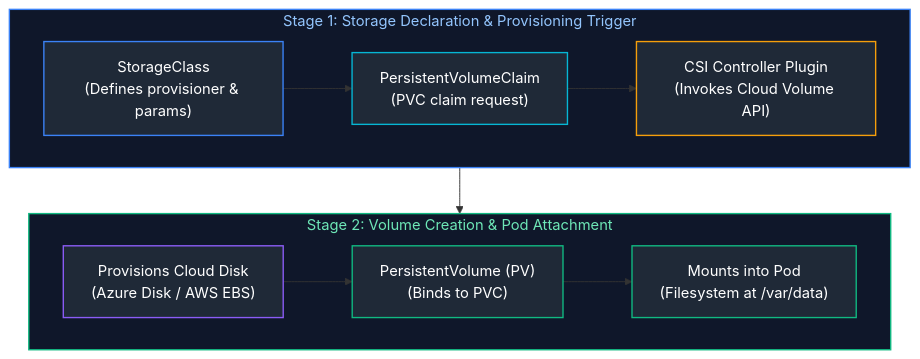
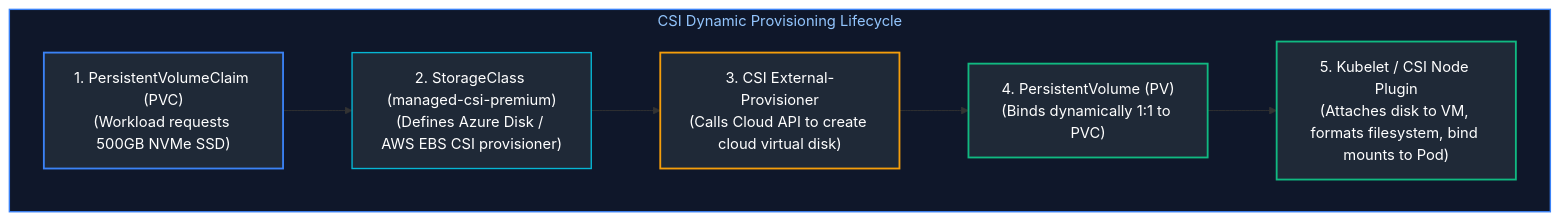
Before and after one commit to joydeep-biswas/Interview-Preparation: the eighth of 10 diagrams in Cloud Engineering/08_containers_kubernetes_and_gitops.md, drawn with Mermaid. The commit also changed other lines of this file and 143 other files, not shown here.

````diff
--- a/Cloud Engineering/08_containers_kubernetes_and_gitops.md
+++ b/Cloud Engineering/08_containers_kubernetes_and_gitops.md
@@ -334,23 +719,17 @@
 ```mermaid
 flowchart TD
-    subgraph Stage1 ["Stage 1: Storage Declaration & Provisioning Trigger"]
-        direction LR
-        SC["StorageClass<br/>(Defines provisioner & params)"] --> PVC["PersistentVolumeClaim<br/>(PVC claim request)"] --> CSI["CSI Controller Plugin<br/>(Invokes Cloud Volume API)"]
+    subgraph StoragePipeline ["CSI Dynamic Provisioning Lifecycle"]
+        PVC["1. PersistentVolumeClaim (PVC)<br/>(Workload requests 500GB NVMe SSD)"]
+        --> SC["2. StorageClass (managed-csi-premium)<br/>(Defines Azure Disk / AWS EBS CSI provisioner)"]
+        --> CSIExt["3. CSI External-Provisioner<br/>(Calls Cloud API to create cloud virtual disk)"]
+        --> PV["4. PersistentVolume (PV)<br/>(Binds dynamically 1:1 to PVC)"]
+        --> Kubelet["5. Kubelet / CSI Node Plugin<br/>(Attaches disk to VM, formats filesystem, bind mounts to Pod)"]
     end
 
-    subgraph Stage2 ["Stage 2: Volume Creation & Pod Attachment"]
-        direction LR
-        Disk["Provisions Cloud Disk<br/>(Azure Disk / AWS EBS)"] --> PV["PersistentVolume (PV)<br/>(Binds to PVC)"] --> Pod["Mounts into Pod<br/>(Filesystem at /var/data)"]
-    end
-
-    Stage1 --> Stage2
-
-    style Stage1 fill:#0f172a,stroke:#3b82f6,stroke-width:1.5px,color:#93c5fd
-    style Stage2 fill:#0f172a,stroke:#10b981,stroke-width:1.5px,color:#6ee7b7
-    style SC fill:#1f2937,stroke:#3b82f6,stroke-width:1.5px,color:#fff
-    style PVC fill:#1f2937,stroke:#06b6d4,stroke-width:1.5px,color:#fff
-    style CSI fill:#1f2937,stroke:#f59e0b,stroke-width:1.5px,color:#fff
-    style Disk fill:#1f2937,stroke:#8b5cf6,stroke-width:1.5px,color:#fff
-    style PV fill:#1f2937,stroke:#10b981,stroke-width:1.5px,color:#fff
-    style Pod fill:#1f2937,stroke:#10b981,stroke-width:1.5px,color:#fff
+    style StoragePipeline fill:#0f172a,stroke:#3b82f6,stroke-width:1.5px,color:#93c5fd
+    style PVC fill:#1f2937,stroke:#3b82f6,stroke-width:2px,color:#fff
+    style SC fill:#1f2937,stroke:#06b6d4,stroke-width:1.5px,color:#fff
+    style CSIExt fill:#1f2937,stroke:#f59e0b,stroke-width:2px,color:#fff
+    style PV fill:#1f2937,stroke:#10b981,stroke-width:2px,color:#fff
+    style Kubelet fill:#1f2937,stroke:#10b981,stroke-width:2px,color:#fff
 ```
````
